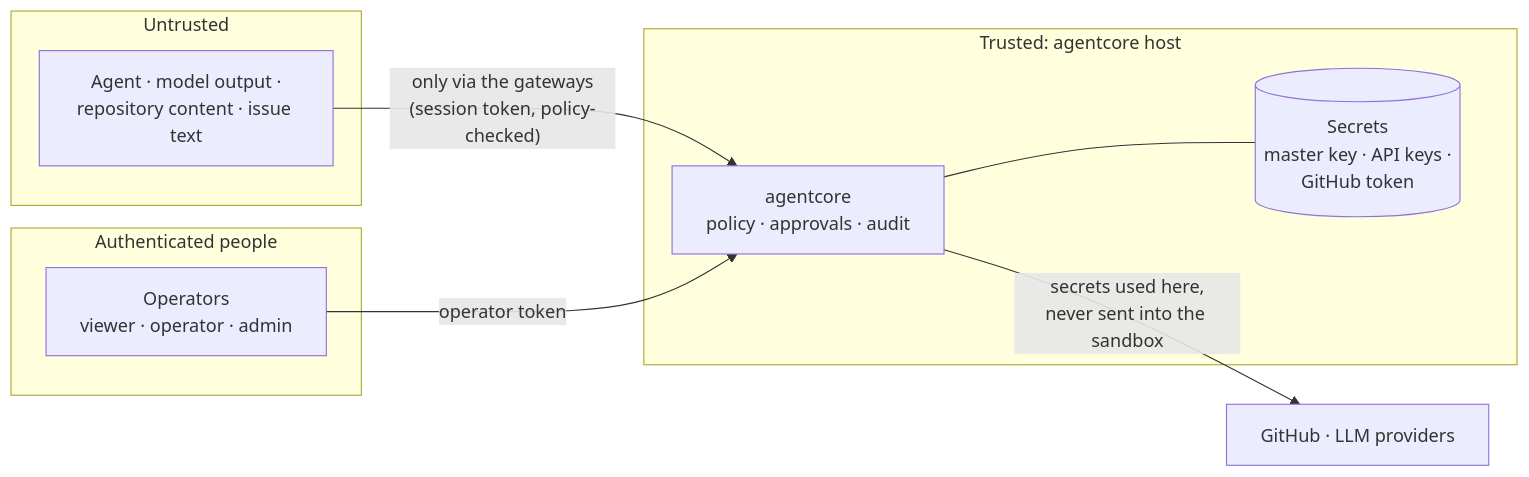
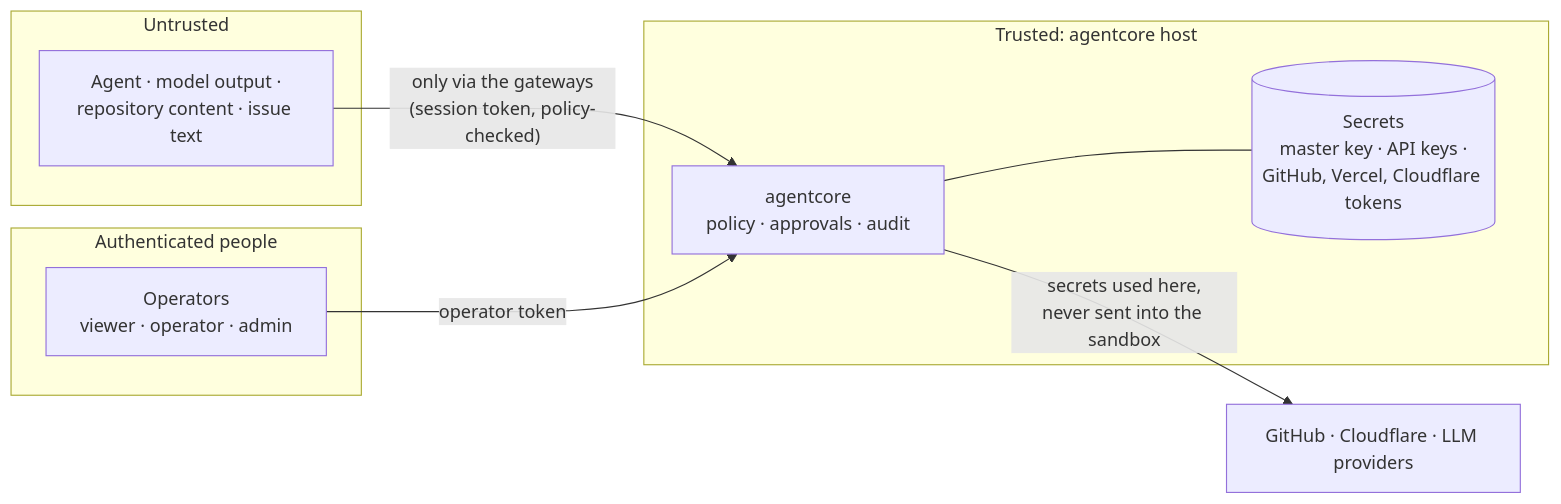
The diagram in SECURITY.md (Jaelse/agentcore), drawn with Mermaid before and after one commit. The commit also changed other lines of this file and 34 other files, not shown here.

````diff
--- a/SECURITY.md
+++ b/SECURITY.md
@@ -27,17 +27,17 @@
 ```mermaid
 flowchart LR
     subgraph UNTRUSTED["Untrusted"]
         AG["Agent · model output ·<br/>repository content · issue text"]
     end
     subgraph TRUSTED["Trusted: agentcore host"]
         AC["agentcore<br/>policy · approvals · audit"]
-        SEC[("Secrets<br/>master key · API keys ·<br/>GitHub token")]
+        SEC[("Secrets<br/>master key · API keys ·<br/>GitHub, Vercel, Cloudflare tokens")]
     end
     subgraph PEOPLE["Authenticated people"]
         OP["Operators<br/>viewer · operator · admin"]
     end
     AG -- "only via the gateways<br/>(session token, policy-checked)" --> AC
     OP -- "operator token" --> AC
     AC --- SEC
-    AC -- "secrets used here,<br/>never sent into the sandbox" --> EXT["GitHub · LLM providers"]
+    AC -- "secrets used here,<br/>never sent into the sandbox" --> EXT["GitHub · Cloudflare · LLM providers"]
 ```
````
